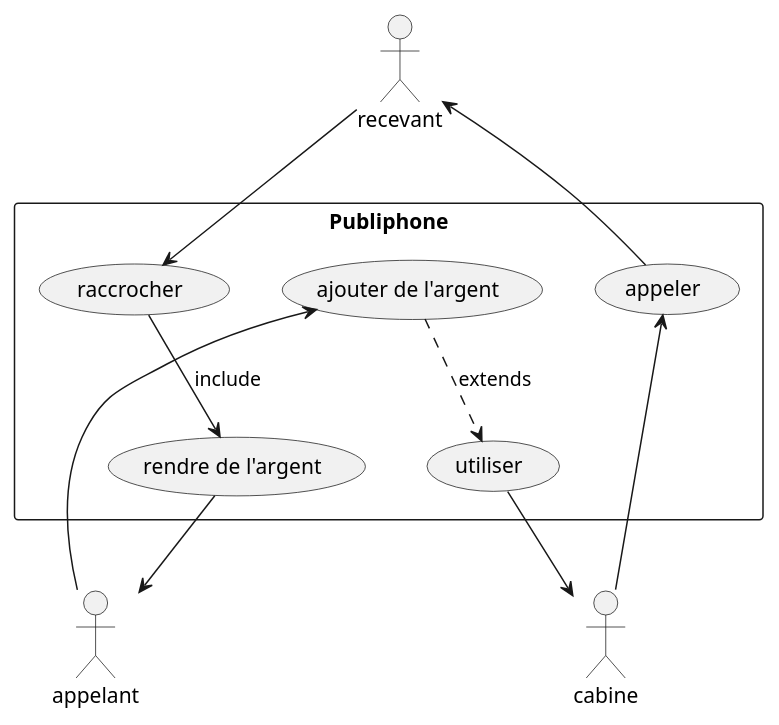
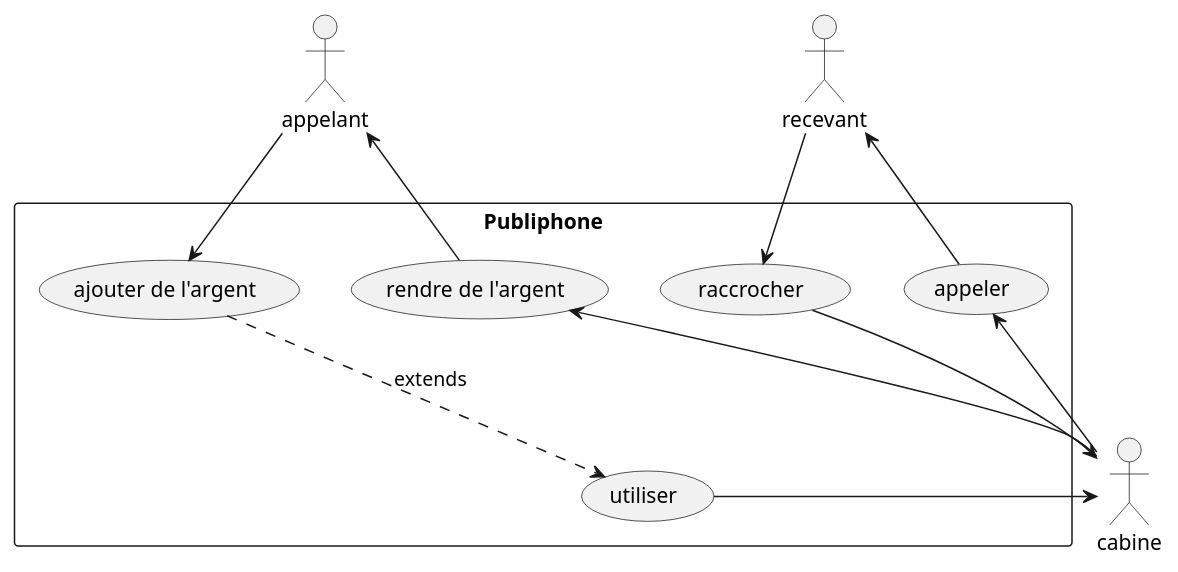
One commit to CPNV-ES/UML1-BJV changed the diagram in documentation/UseCase-publiphone.puml. Above: the diagram before and after it, drawn with PlantUML. The commit also changed 1 other file, not shown here.

```diff
--- a/documentation/UseCase-publiphone.puml
+++ b/documentation/UseCase-publiphone.puml
@@ -1,23 +1,24 @@
 @startuml
-:appelant: as caller
+:appelant: as caller 
+:cabine: as telephone
 :recevant: as reciever
-:cabine: as telephone
 
 
 rectangle Publiphone {
 usecase "ajouter de l'argent" as add
 usecase utiliser as use
 usecase appeler as call
 usecase raccrocher as hangup
 usecase "rendre de l'argent" as return
 
 }
 caller --> add
 add ..> use : extends
 use --> telephone
 telephone --> call
 call --> reciever
 reciever --> hangup
-hangup --> return : include
+telephone --> return
 return --> caller
+hangup --> telephone 
 @enduml
```
